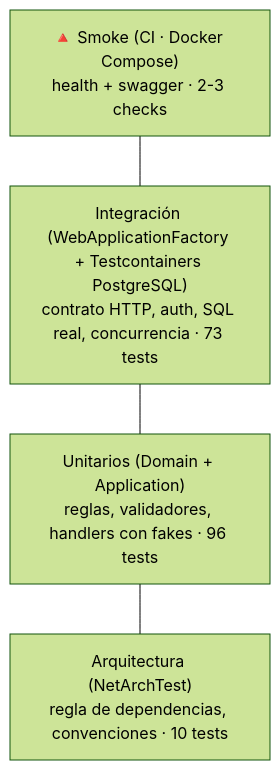
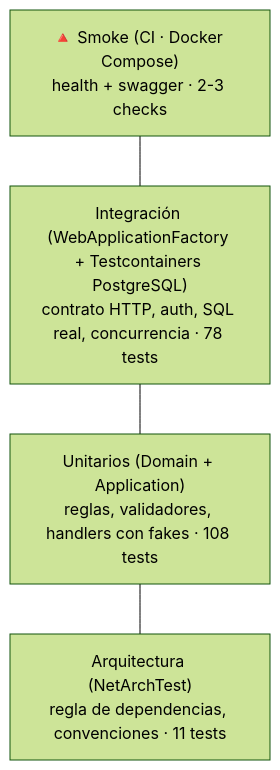
One commit to alba-alonso-dev/leaderboard-api changed the diagram in docs/coding-standards.md. Above: the diagram before and after it, drawn with Mermaid (forest theme). The commit also changed 32 other files, not shown here.

````diff
--- a/docs/coding-standards.md
+++ b/docs/coding-standards.md
@@ -207,9 +207,9 @@
 ```mermaid
 flowchart TB
     A["🔺 Smoke (CI · Docker Compose)<br/>health + swagger · 2-3 checks"]
-    B["Integración (WebApplicationFactory + Testcontainers PostgreSQL)<br/>contrato HTTP, auth, SQL real, concurrencia · 73 tests"]
-    C["Unitarios (Domain + Application)<br/>reglas, validadores, handlers con fakes · 96 tests"]
-    D["Arquitectura (NetArchTest)<br/>regla de dependencias, convenciones · 10 tests"]
+    B["Integración (WebApplicationFactory + Testcontainers PostgreSQL)<br/>contrato HTTP, auth, SQL real, concurrencia · 78 tests"]
+    C["Unitarios (Domain + Application)<br/>reglas, validadores, handlers con fakes · 108 tests"]
+    D["Arquitectura (NetArchTest)<br/>regla de dependencias, convenciones · 11 tests"]
     A --- B --- C
     C --- D
 ```
````
